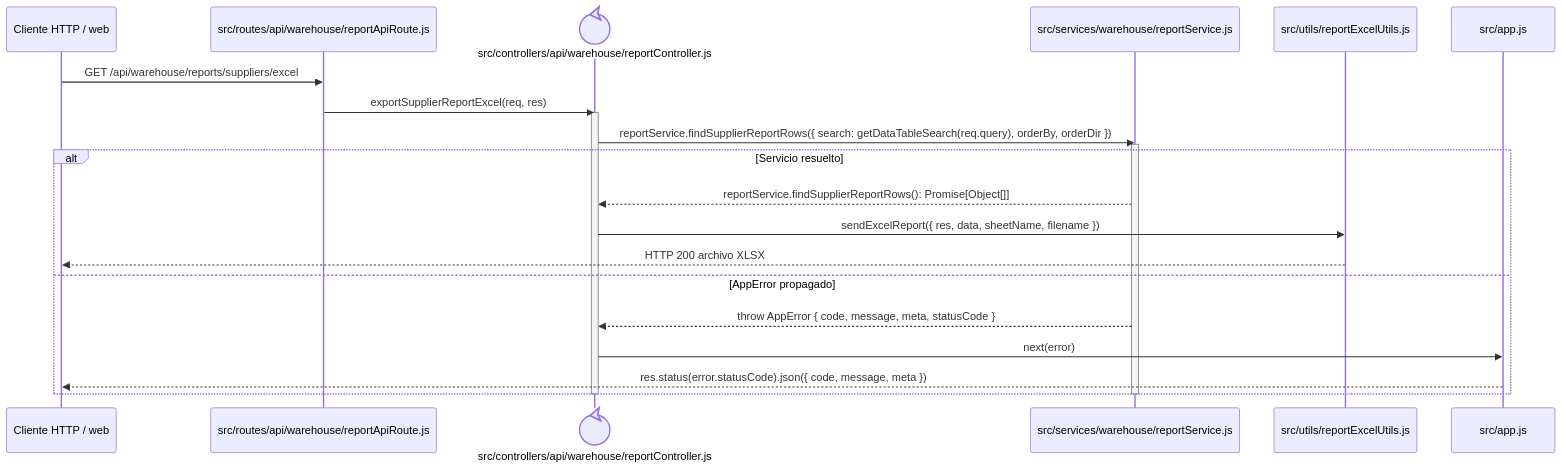
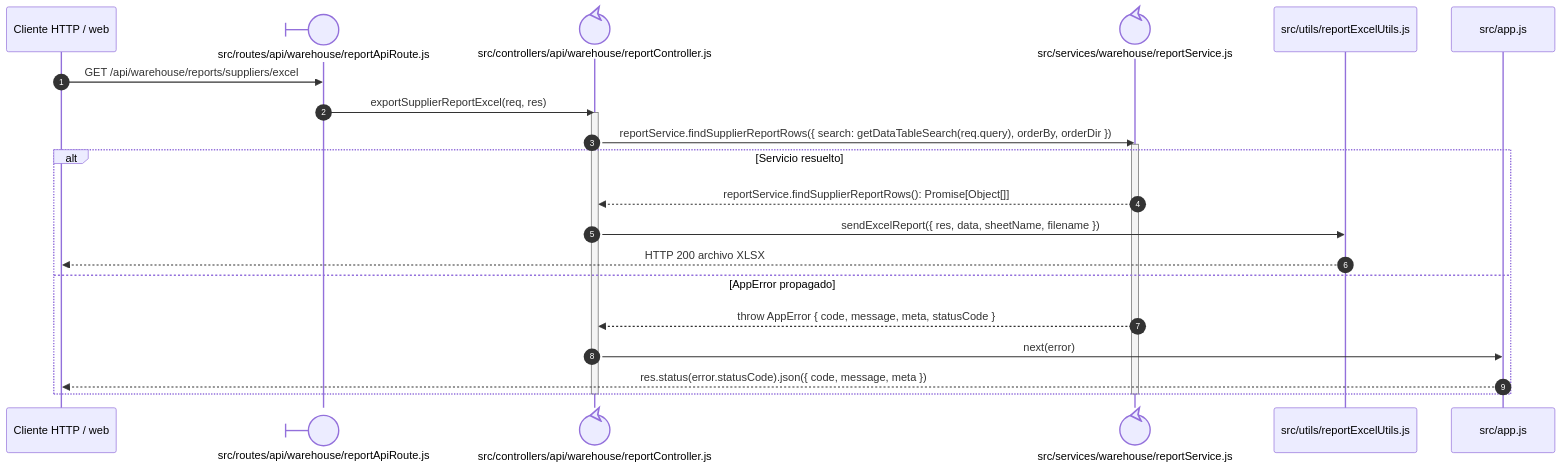
Before and after one commit to gpgsistemas01/nexus: the diagram in docs/architecture/views/processes/backend-code-sequences/catalogs/cu-cat-04.md, drawn with Mermaid. The commit also changed 198 other files, not shown here.

Commit message:
docs: mejorar notación UML y distribución de diagramas Mermaid

````diff
--- a/docs/architecture/views/processes/backend-code-sequences/catalogs/cu-cat-04.md
+++ b/docs/architecture/views/processes/backend-code-sequences/catalogs/cu-cat-04.md
@@ -6,26 +6,27 @@
 ```mermaid
 sequenceDiagram
+    autonumber
     participant Client as Cliente HTTP / web
-    participant Route as src/routes/api/warehouse/reportApiRoute.js
+    participant Route@{ "type": "boundary" } as src/routes/api/warehouse/reportApiRoute.js
     participant Controller@{ "type": "control" } as src/controllers/api/warehouse/reportController.js
-    participant Query as src/services/warehouse/reportService.js
+    participant Query@{ "type": "control" } as src/services/warehouse/reportService.js
     participant Excel as src/utils/reportExcelUtils.js
     participant ErrorHandler as src/app.js
 
     Client->>Route: GET /api/warehouse/reports/suppliers/excel
     Route->>Controller: exportSupplierReportExcel(req, res)
     activate Controller
     Controller->>Query: reportService.findSupplierReportRows({ search: getDataTableSearch(req.query), orderBy, orderDir })
     activate Query
     alt Servicio resuelto
         Query-->>Controller: reportService.findSupplierReportRows(): Promise[Object[]]
         Controller->>Excel: sendExcelReport({ res, data, sheetName, filename })
         Excel-->>Client: HTTP 200 archivo XLSX
     else AppError propagado
         Query-->>Controller: throw AppError { code, message, meta, statusCode }
         Controller->>ErrorHandler: next(error)
         ErrorHandler-->>Client: res.status(error.statusCode).json({ code, message, meta })
     end
     deactivate Query
     deactivate Controller
 ```
````
